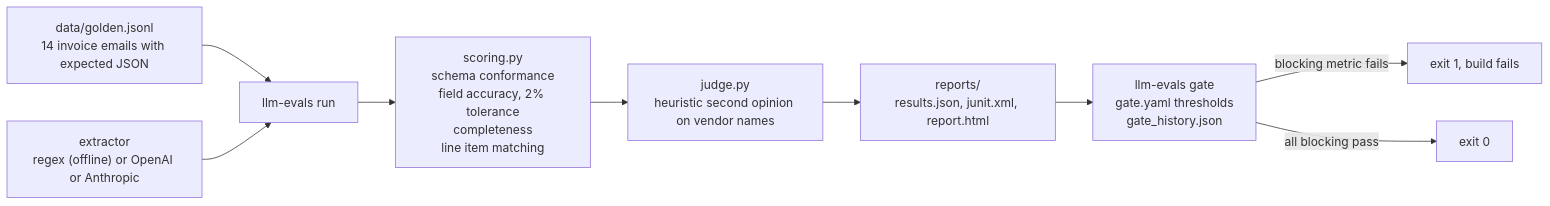
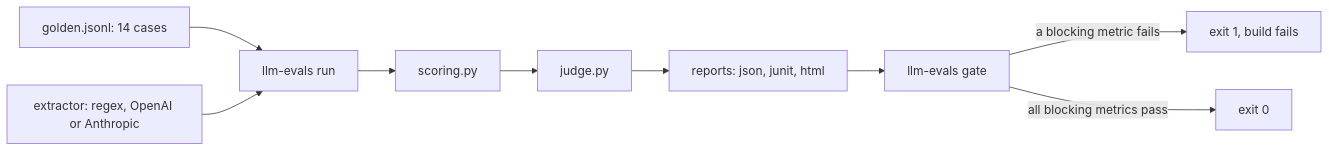
One commit to EarlFernandes/qa-automation-portfolio changed the sixth of 9 diagrams in docs/architecture.md. Above: the diagram before and after it, drawn with Mermaid. The commit also changed other lines of this file and 35 other files, not shown here.

Commit message:
Add self-healing locators, a11y scans, visual tests, live LLM evals, Pages reports, Docker

````diff
--- a/docs/architecture.md
+++ b/docs/architecture.md
@@ -93,11 +92,11 @@
 ```mermaid
 flowchart LR
-    DS["data/golden.jsonl<br/>14 invoice emails with expected JSON"] --> RUN["llm-evals run"]
-    EXT["extractor<br/>regex (offline) or OpenAI or Anthropic"] --> RUN
-    RUN --> SCORE["scoring.py<br/>schema conformance<br/>field accuracy, 2% tolerance<br/>completeness<br/>line item matching"]
-    SCORE --> JUDGE["judge.py<br/>heuristic second opinion on vendor names"]
-    JUDGE --> REP["reports/<br/>results.json, junit.xml, report.html"]
-    REP --> GATE["llm-evals gate<br/>gate.yaml thresholds<br/>gate_history.json"]
-    GATE -->|"blocking metric fails"| FAIL["exit 1, build fails"]
-    GATE -->|"all blocking pass"| PASS["exit 0"]
+    DS["golden.jsonl: 14 cases"] --> RUN["llm-evals run"]
+    EXT["extractor: regex, OpenAI or Anthropic"] --> RUN
+    RUN --> SCORE["scoring.py"]
+    SCORE --> JUDGE["judge.py"]
+    JUDGE --> REP["reports: json, junit, html"]
+    REP --> GATE["llm-evals gate"]
+    GATE -->|"a blocking metric fails"| FAIL["exit 1, build fails"]
+    GATE -->|"all blocking metrics pass"| PASS["exit 0"]
 ```
````
